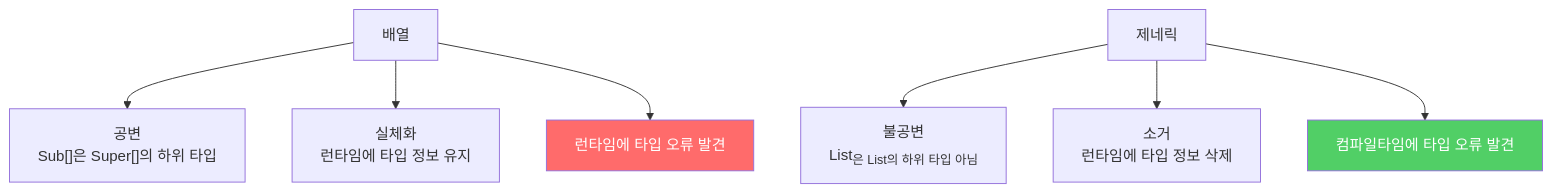
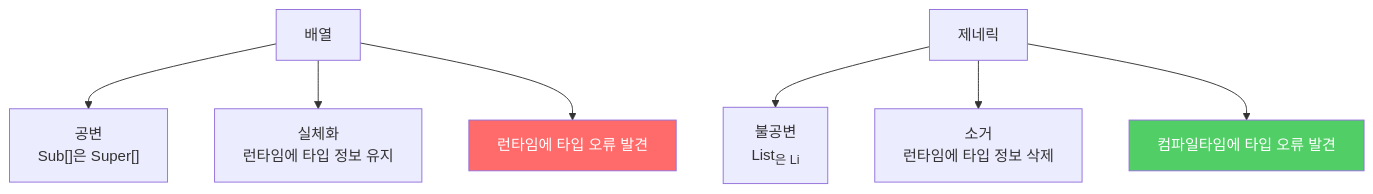
One commit to yjkim2015/yjkim2015.github.io changed the second of 2 diagrams in _posts/java/2022-01-05-effective-java28.md. Above: the diagram before and after it, drawn with Mermaid. The commit also changed other lines of this file and 271 other files, not shown here.

First line of the commit message:
Mermaid 라벨 축소: 긴 노드 텍스트 18자 이하로 트림 + \n 제거

````diff
--- a/_posts/java/2022-01-05-effective-java28.md
+++ b/_posts/java/2022-01-05-effective-java28.md
@@ -148,11 +148,11 @@
 ```mermaid
 graph TD
-    A["배열"] --> A1["공변\nSub[]은 Super[]의 하위 타입"]
+    A["배열"] --> A1["공변\nSub[]은 Super[]"]
     A --> A2["실체화\n런타임에 타입 정보 유지"]
     A --> A3["런타임에 타입 오류 발견"]
-    B["제네릭"] --> B1["불공변\nList<Sub>은 List<Super>의 하위 타입 아님"]
+    B["제네릭"] --> B1["불공변\nList<Sub>은 Li"]
     B --> B2["소거\n런타임에 타입 정보 삭제"]
     B --> B3["컴파일타임에 타입 오류 발견"]
     style A3 fill:#ff6b6b,color:#fff
     style B3 fill:#51cf66,color:#fff
 ```
````
